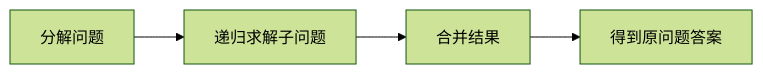
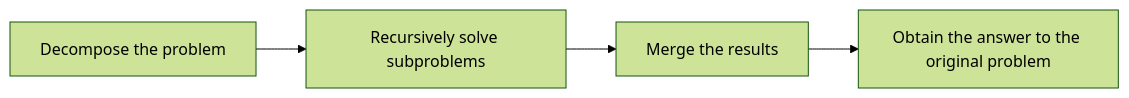
The second of 2 diagrams in src/content/technology/divide-and-conquer.md (HONGLEI111/hhlblog-global), drawn with Mermaid (forest theme) before and after one commit. The commit also changed 33 other files, not shown here.

First line of the commit message:
content(code): 翻译 mermaid 图节点标签（34 文件 / 267 处）

````diff
--- a/src/content/technology/divide-and-conquer.md
+++ b/src/content/technology/divide-and-conquer.md
@@ -264,6 +264,6 @@
 ```mermaid
 graph LR
-    A[分解问题] --> B[递归求解子问题]
-    B --> C[合并结果]
-    C --> D[得到原问题答案]
+    A[Decompose the problem] --> B[Recursively solve subproblems]
+    B --> C[Merge the results]
+    C --> D[Obtain the answer to the original problem]
 ```
````
